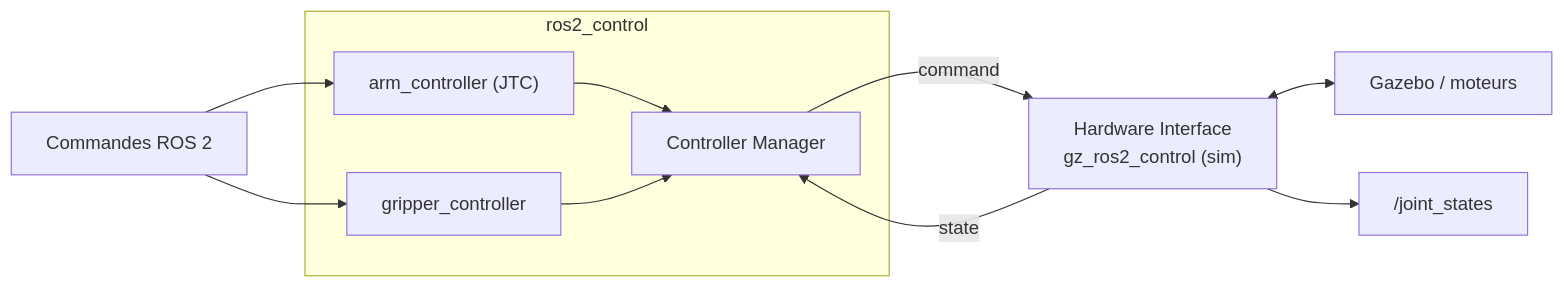
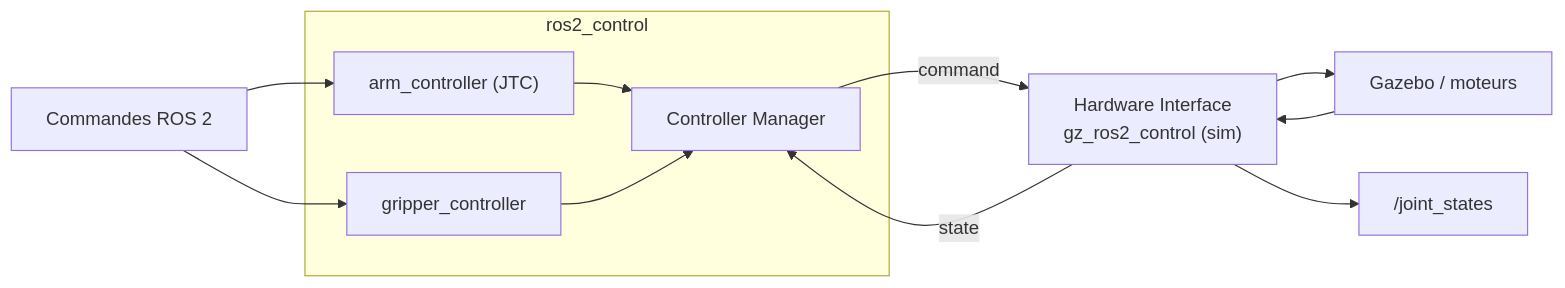
One commit to EtienneSchmitz/ros2_course changed the first of 2 diagrams in apps/slides/jour3/slides.md. Above: the diagram before and after it, drawn with Mermaid. The commit also changed other lines of this file and 10 other files, not shown here.

````diff
--- a/apps/slides/jour3/slides.md
+++ b/apps/slides/jour3/slides.md
@@ -72,13 +72,14 @@
 ```mermaid
 flowchart LR
   cmd["Commandes ROS 2"] --> arm["arm_controller (JTC)"]
   cmd --> grip["gripper_controller"]
   subgraph rc["ros2_control"]
     arm --> cm["Controller Manager"]
     grip --> cm
   end
   cm -->|command| hw["Hardware Interface<br/>gz_ros2_control (sim)"]
   hw -->|state| cm
-  hw <--> robot["Gazebo / moteurs"]
+  hw --> robot["Gazebo / moteurs"]
+  robot --> hw
   hw --> js["/joint_states"]
 ```
````
